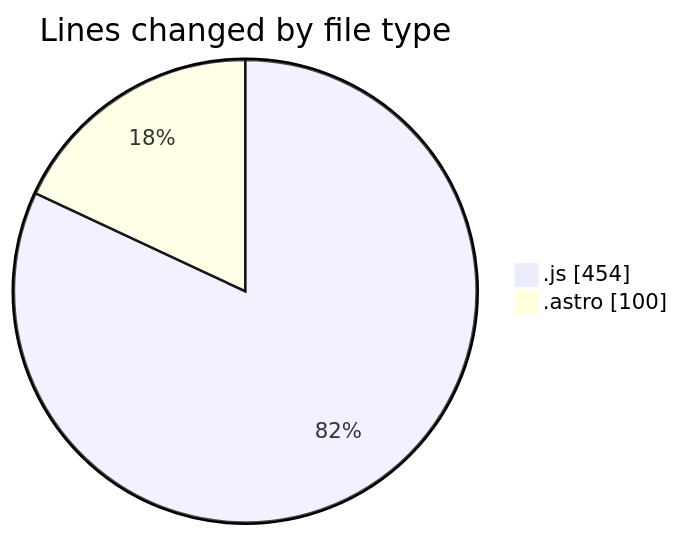
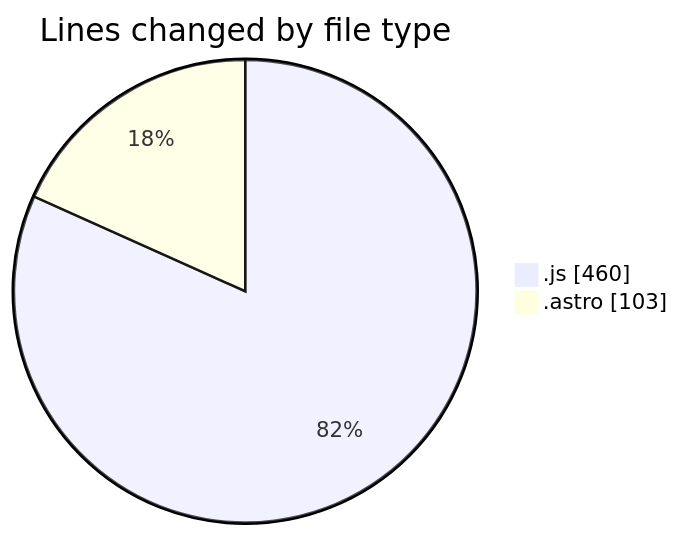
The first of 2 diagrams in 2025-01-30/masmsite/README.md (charlie-sans/code-tracking), drawn with Mermaid before and after one commit. The commit also changed other lines of this file and 1 other file, not shown here.

````diff
--- a/2025-01-30/masmsite/README.md
+++ b/2025-01-30/masmsite/README.md
@@ -21,6 +21,6 @@
 ```mermaid
 pie showData
 title Lines changed by file type
-".js" : 454
-".astro" : 100
+".js" : 460
+".astro" : 103
 ```
````
